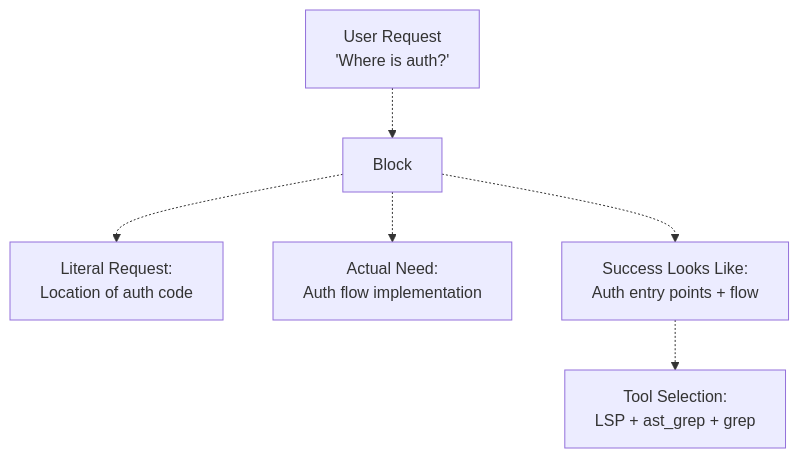
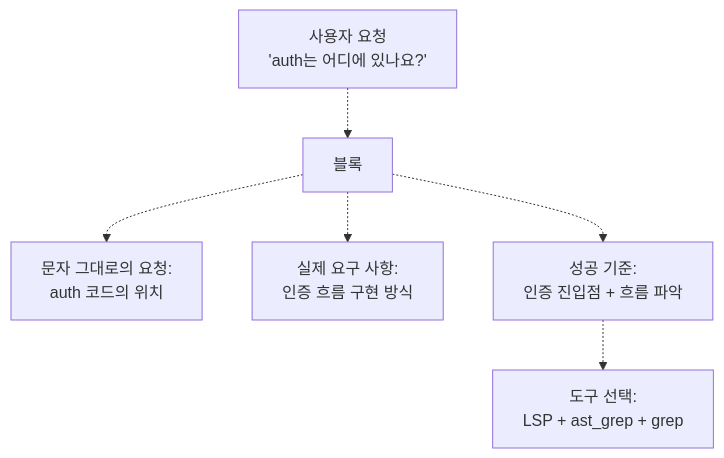
Before and after one commit to felipetruman/oh-my-opencode-docs: the first of 7 diagrams in docs/agents/explore-agent.md, drawn with Mermaid. The commit also changed other lines of this file and 76 other files, not shown here.

````diff
--- a/docs/agents/explore-agent.md
+++ b/docs/agents/explore-agent.md
@@ -48,16 +48,16 @@
 ```mermaid
 flowchart TD
 
-UserRequest["User Request<br>'Where is auth?'"]
-AnalysisBlock["<analysis> Block"]
-LiteralRequest["Literal Request:<br>Location of auth code"]
-ActualNeed["Actual Need:<br>Auth flow implementation"]
-SuccessCriteria["Success Looks Like:<br>Auth entry points + flow"]
-ToolSelection["Tool Selection:<br>LSP + ast_grep + grep"]
+UserRequest["사용자 요청<br>'auth는 어디에 있나요?'"]
+AnalysisBlock["<analysis> 블록"]
+LiteralRequest["문자 그대로의 요청:<br>auth 코드의 위치"]
+ActualNeed["실제 요구 사항:<br>인증 흐름 구현 방식"]
+SuccessCriteria["성공 기준:<br>인증 진입점 + 흐름 파악"]
+ToolSelection["도구 선택:<br>LSP + ast_grep + grep"]
 
 UserRequest -.-> AnalysisBlock
 AnalysisBlock -.-> LiteralRequest
 AnalysisBlock -.-> ActualNeed
 AnalysisBlock -.-> SuccessCriteria
 SuccessCriteria -.-> ToolSelection
 ```
````
